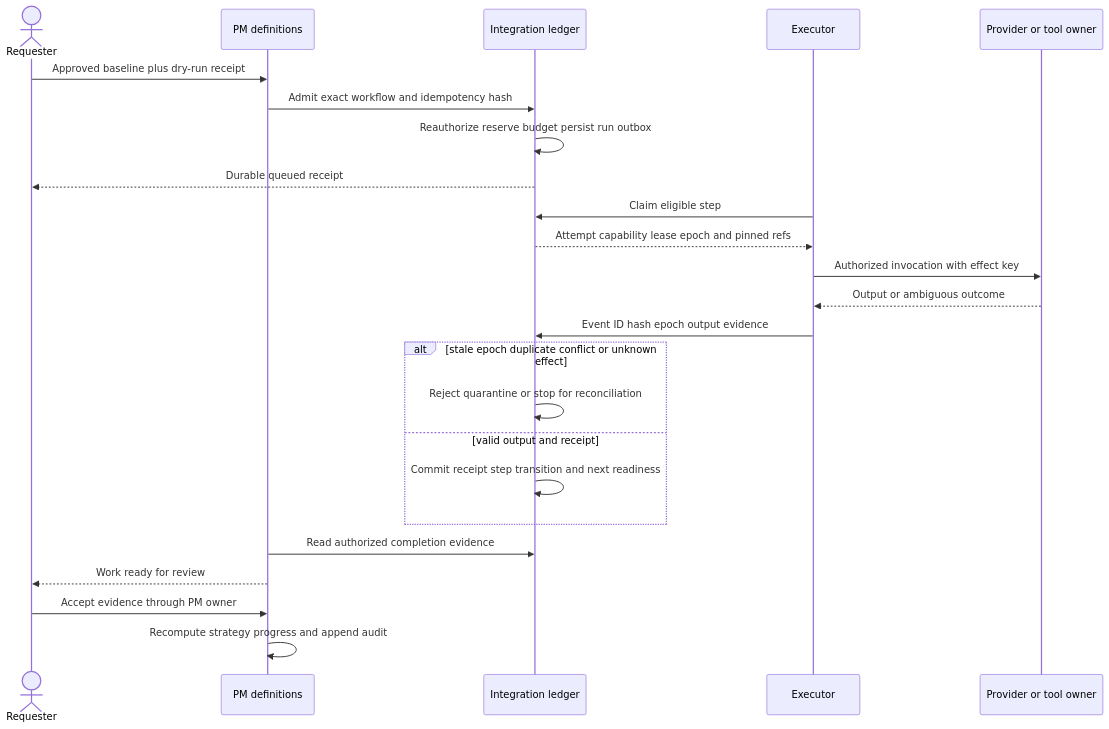
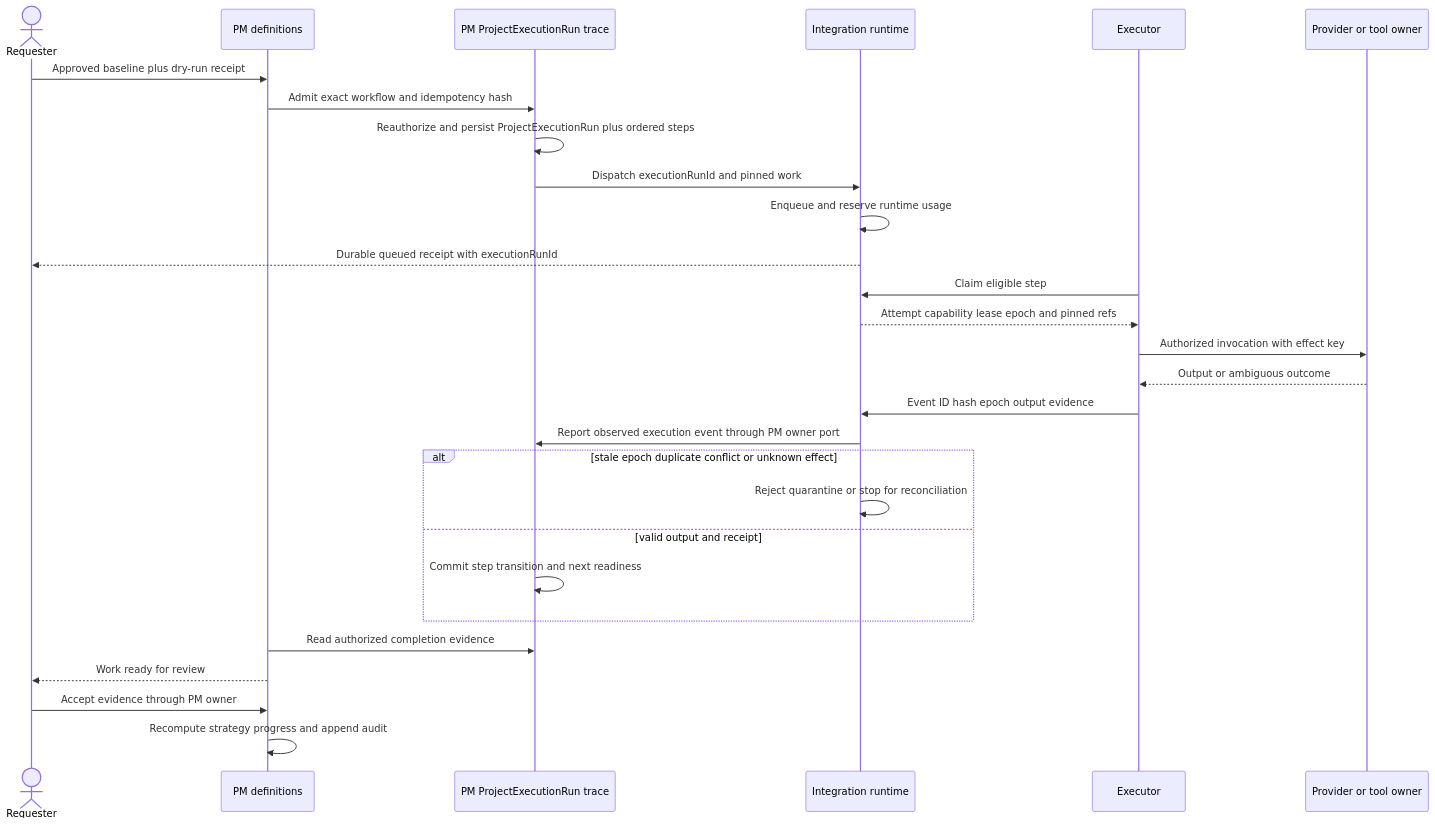
One commit to Freshair129/zuri.ai changed the fifth of 5 diagrams in docs/architecture/project-manager-system/19-SYSTEM-BLUEPRINT.md. Above: the diagram before and after it, drawn with Mermaid. The commit also changed other lines of this file and 19 other files, not shown here.

````diff
--- a/docs/architecture/project-manager-system/19-SYSTEM-BLUEPRINT.md
+++ b/docs/architecture/project-manager-system/19-SYSTEM-BLUEPRINT.md
@@ -192,26 +201,30 @@
 ```mermaid
 sequenceDiagram
   actor U as Requester
   participant PM as PM definitions
-  participant I as Integration ledger
+  participant T as PM ProjectExecutionRun trace
+  participant I as Integration runtime
   participant E as Executor
   participant P as Provider or tool owner
   U->>PM: Approved baseline plus dry-run receipt
-  PM->>I: Admit exact workflow and idempotency hash
-  I->>I: Reauthorize reserve budget persist run outbox
-  I-->>U: Durable queued receipt
+  PM->>T: Admit exact workflow and idempotency hash
+  T->>T: Reauthorize and persist ProjectExecutionRun plus ordered steps
+  T->>I: Dispatch executionRunId and pinned work
+  I->>I: Enqueue and reserve runtime usage
+  I-->>U: Durable queued receipt with executionRunId
   E->>I: Claim eligible step
   I-->>E: Attempt capability lease epoch and pinned refs
   E->>P: Authorized invocation with effect key
   P-->>E: Output or ambiguous outcome
   E->>I: Event ID hash epoch output evidence
+  I->>T: Report observed execution event through PM owner port
   alt stale epoch duplicate conflict or unknown effect
     I->>I: Reject quarantine or stop for reconciliation
   else valid output and receipt
-    I->>I: Commit receipt step transition and next readiness
+    T->>T: Commit step transition and next readiness
   end
-  PM->>I: Read authorized completion evidence
+  PM->>T: Read authorized completion evidence
   PM-->>U: Work ready for review
   U->>PM: Accept evidence through PM owner
   PM->>PM: Recompute strategy progress and append audit
 ```
````
